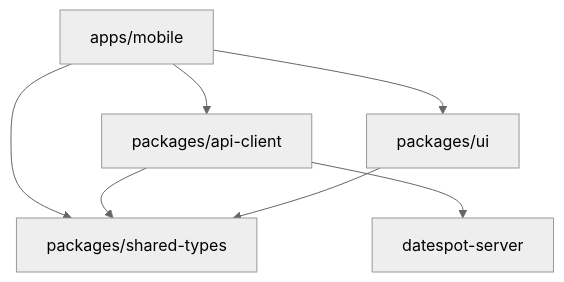
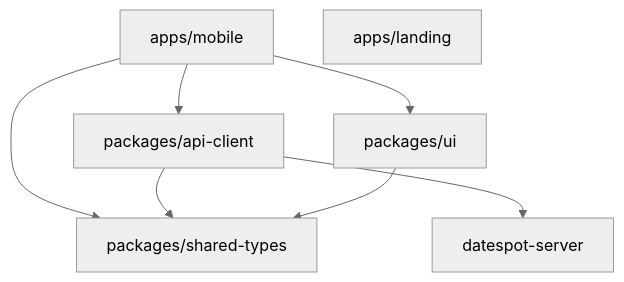
The diagram in docs/ARCHITECTURE.md (joni774/frontDateSpot), drawn with Mermaid (neutral theme) before and after one commit. The commit also changed other lines of this file and 87 other files, not shown here.

````diff
--- a/docs/ARCHITECTURE.md
+++ b/docs/ARCHITECTURE.md
@@ -16,15 +17,16 @@
 ```mermaid
 flowchart TD
   mobile["apps/mobile"]
+  landing["apps/landing"]
   apiClient["packages/api-client"]
   ui["packages/ui"]
   sharedTypes["packages/shared-types"]
   server["datespot-server"]
 
   mobile --> apiClient
   mobile --> ui
   mobile --> sharedTypes
   apiClient --> sharedTypes
   ui --> sharedTypes
   apiClient --> server
 ```
````
